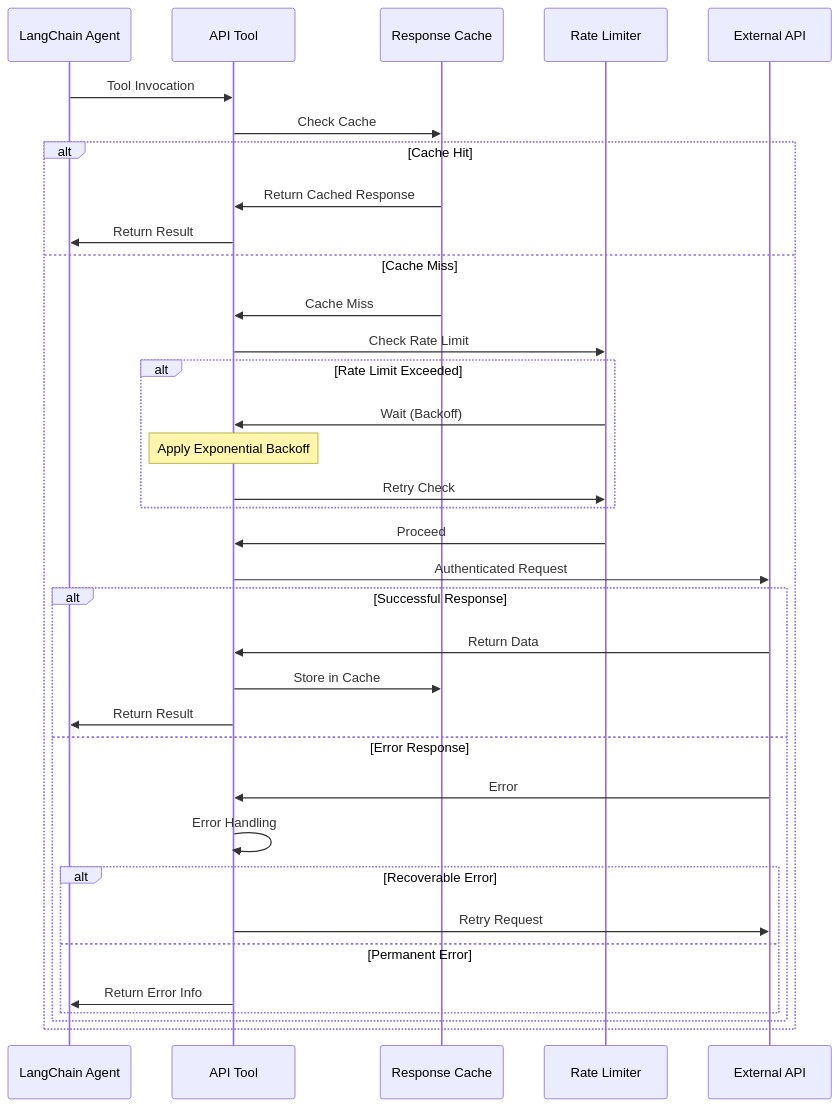
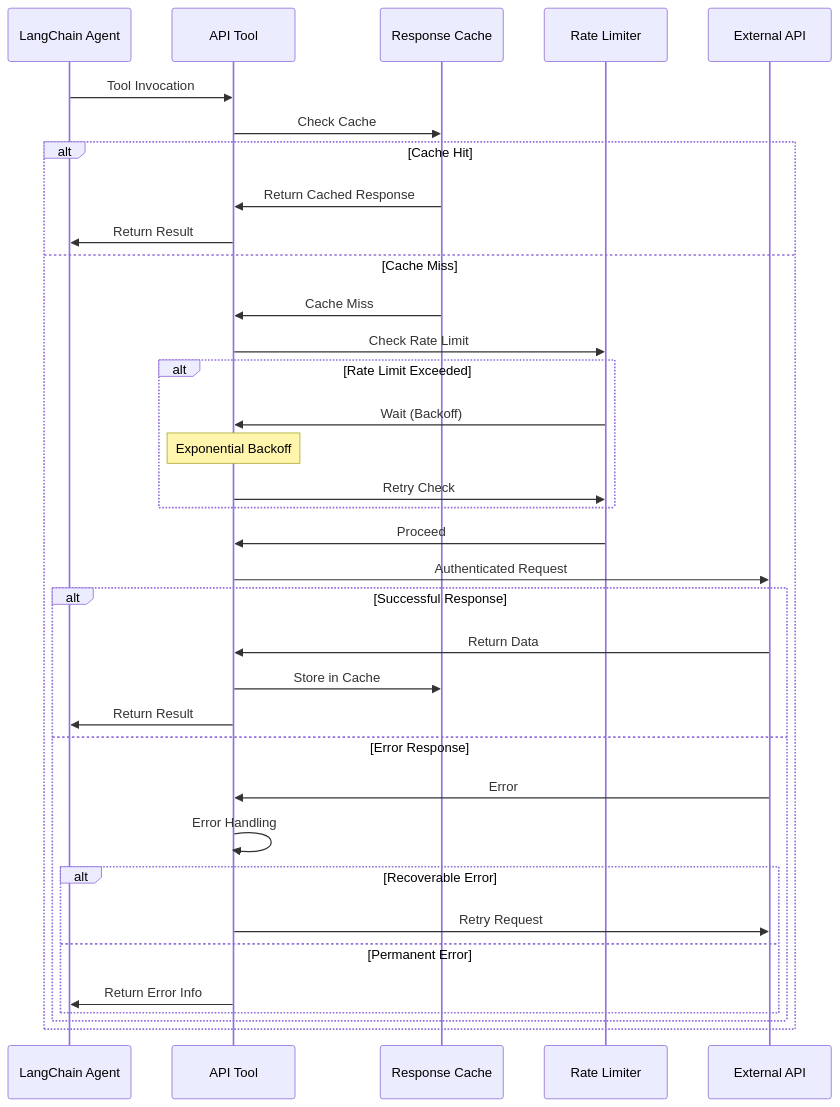
One commit to CRollins6020/CRollins6020 changed the eighth of 21 diagrams in User-Guides/LangChain Agent Platform Admin Guide.md. Above: the diagram before and after it, drawn with Mermaid. The commit also changed other lines of this file, not shown here.

````diff
--- a/User-Guides/LangChain Agent Platform Admin Guide.md
+++ b/User-Guides/LangChain Agent Platform Admin Guide.md
@@ -1530,43 +1539,43 @@
 ```mermaid
 sequenceDiagram
     participant Agent as LangChain Agent
     participant Tool as API Tool
     participant Cache as Response Cache
     participant RateLimit as Rate Limiter
     participant API as External API
     
     Agent->>Tool: Tool Invocation
     Tool->>Cache: Check Cache
     
     alt Cache Hit
         Cache->>Tool: Return Cached Response
         Tool->>Agent: Return Result
     else Cache Miss
         Cache->>Tool: Cache Miss
         Tool->>RateLimit: Check Rate Limit
         
         alt Rate Limit Exceeded
             RateLimit->>Tool: Wait (Backoff)
-            Note over Tool: Apply Exponential Backoff
+            Note over Tool: Exponential Backoff
             Tool->>RateLimit: Retry Check
         end
         
         RateLimit->>Tool: Proceed
         Tool->>API: Authenticated Request
         
         alt Successful Response
             API->>Tool: Return Data
             Tool->>Cache: Store in Cache
             Tool->>Agent: Return Result
         else Error Response
             API->>Tool: Error
             Tool->>Tool: Error Handling
             
             alt Recoverable Error
                 Tool->>API: Retry Request
             else Permanent Error
                 Tool->>Agent: Return Error Info
             end
         end
     end
 ```
````
